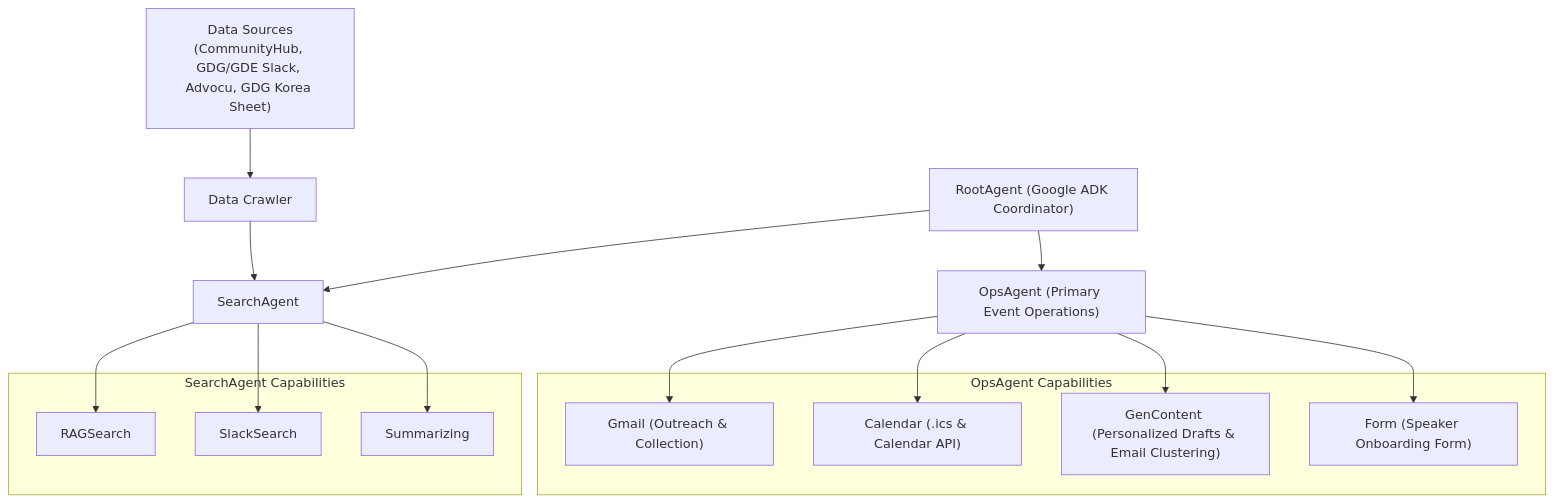
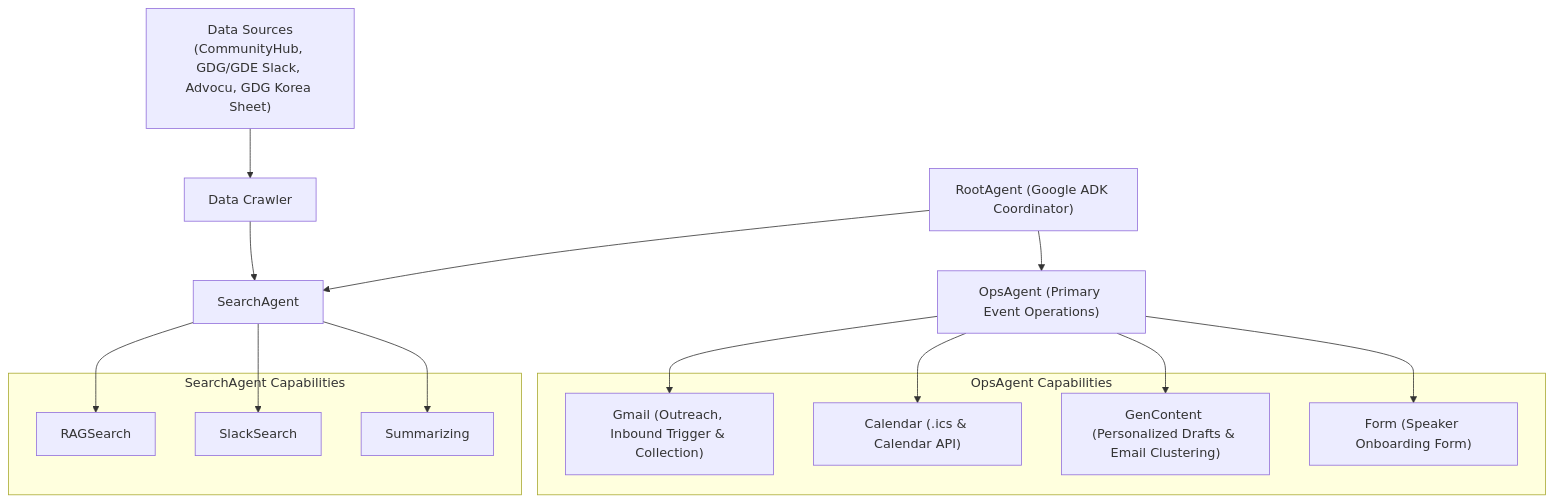
The diagram in README.md (KennethanCeyer/Genmunity), drawn with Mermaid before and after one commit. The commit also changed other lines of this file and 2 other files, not shown here.

````diff
--- a/README.md
+++ b/README.md
@@ -15,28 +15,28 @@
 ```mermaid
 flowchart TD
     DS["Data Sources<br/>(CommunityHub, GDG/GDE Slack, Advocu, GDG Korea Sheet)"] --> DC["Data Crawler"]
     DC --> SA["SearchAgent"]
 
     RA["RootAgent (Google ADK Coordinator)"] --> SA
     RA --> OA["OpsAgent (Primary Event Operations)"]
 
     subgraph SearchAgent_Capabilities ["SearchAgent Capabilities"]
         RAG["RAGSearch"]
         SLK["SlackSearch"]
         SUM["Summarizing"]
     end
     SA --> RAG
     SA --> SLK
     SA --> SUM
 
     subgraph OpsAgent_Capabilities ["OpsAgent Capabilities"]
-        GM["Gmail (Outreach & Collection)"]
+        GM["Gmail (Outreach, Inbound Trigger & Collection)"]
         CAL["Calendar (.ics & Calendar API)"]
         GC["GenContent (Personalized Drafts & Email Clustering)"]
         FRM["Form (Speaker Onboarding Form)"]
     end
     OA --> GM
     OA --> CAL
     OA --> GC
     OA --> FRM
 ```
````
